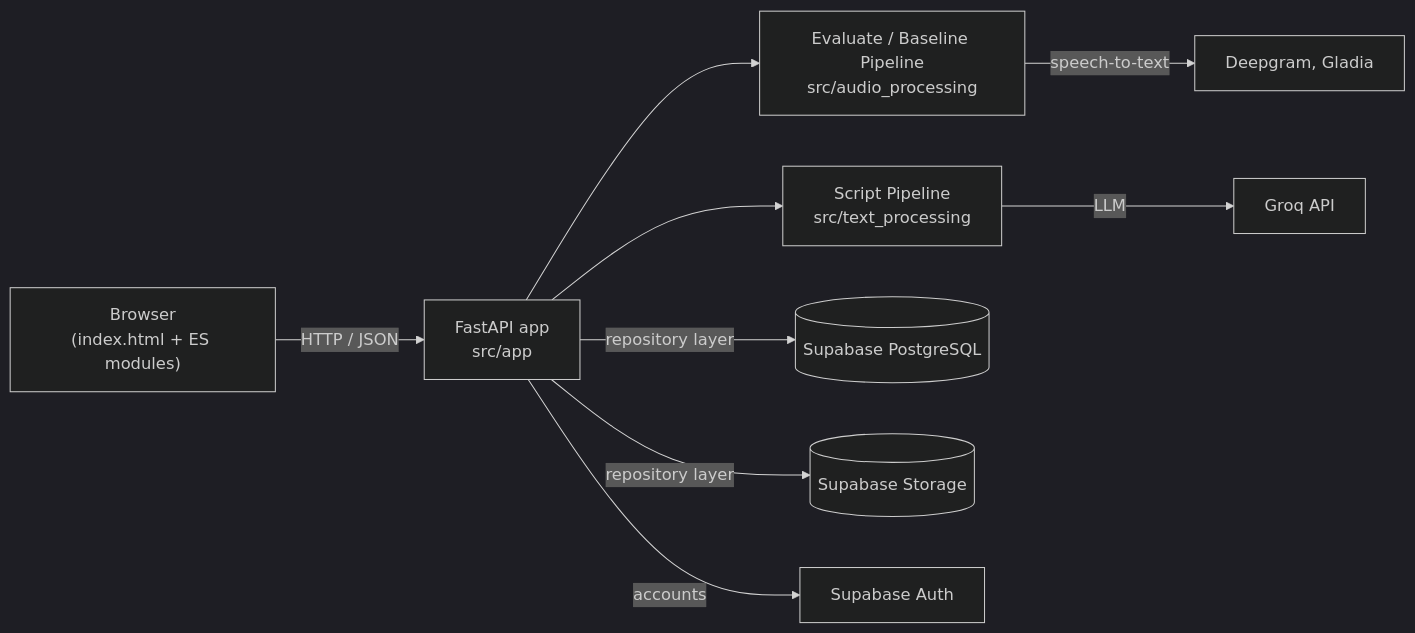
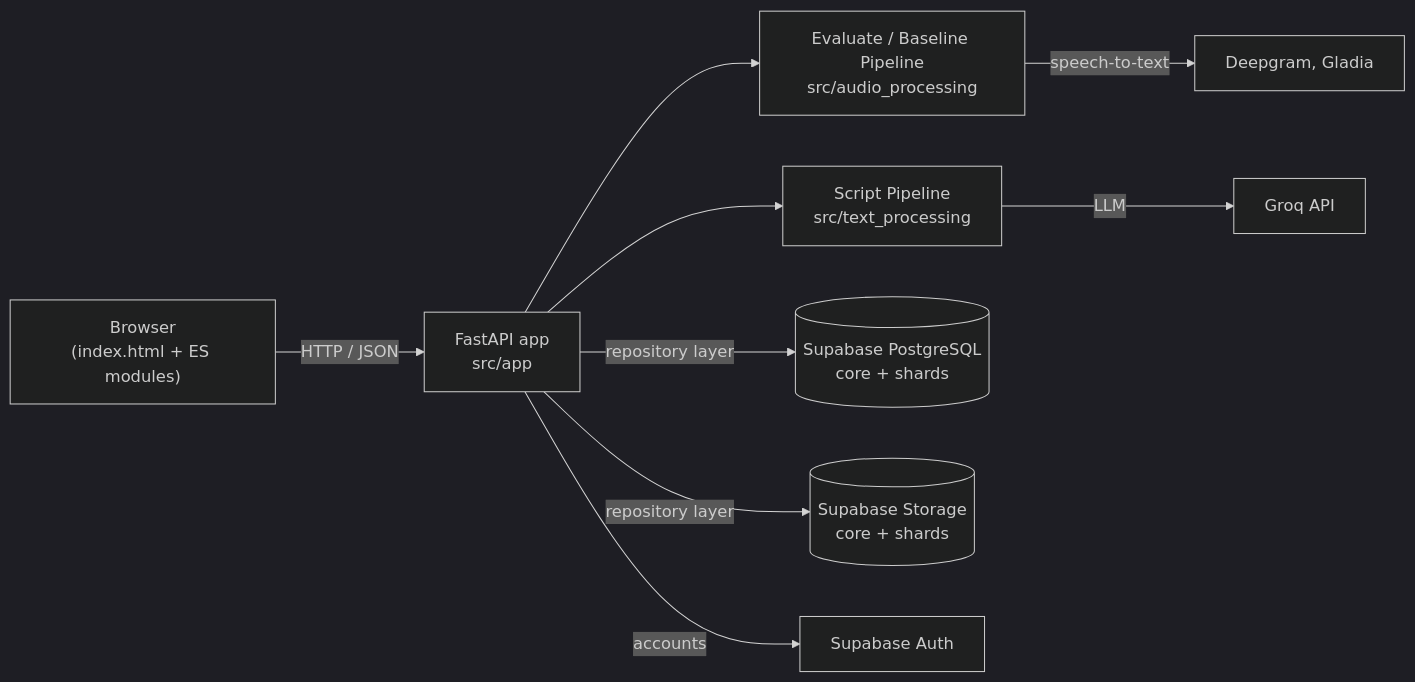
One commit to cbaolee/25c11-ct-team08-public-speaking-assistant changed the first of 5 diagrams in architecture.md. Above: the diagram before and after it, drawn with Mermaid (dark theme). The commit also changed other lines of this file and 19 other files, not shown here.

````diff
--- a/architecture.md
+++ b/architecture.md
@@ -20,11 +20,11 @@
 ```mermaid
 flowchart LR
     Browser["Browser<br/>(index.html + ES modules)"] -->|HTTP / JSON| API["FastAPI app<br/>src/app"]
     API --> Audio["Evaluate / Baseline Pipeline<br/>src/audio_processing"]
     API --> Text["Script Pipeline<br/>src/text_processing"]
     Audio -->|speech-to-text| STT["Deepgram, Gladia"]
     Text -->|LLM| Groq["Groq API"]
-    API -->|repository layer| DB[("Supabase PostgreSQL")]
-    API -->|repository layer| Store[("Supabase Storage")]
+    API -->|repository layer| DB[("Supabase PostgreSQL<br/>core + shards")]
+    API -->|repository layer| Store[("Supabase Storage<br/>core + shards")]
     API -->|accounts| AuthSvc["Supabase Auth"]
 ```
````
